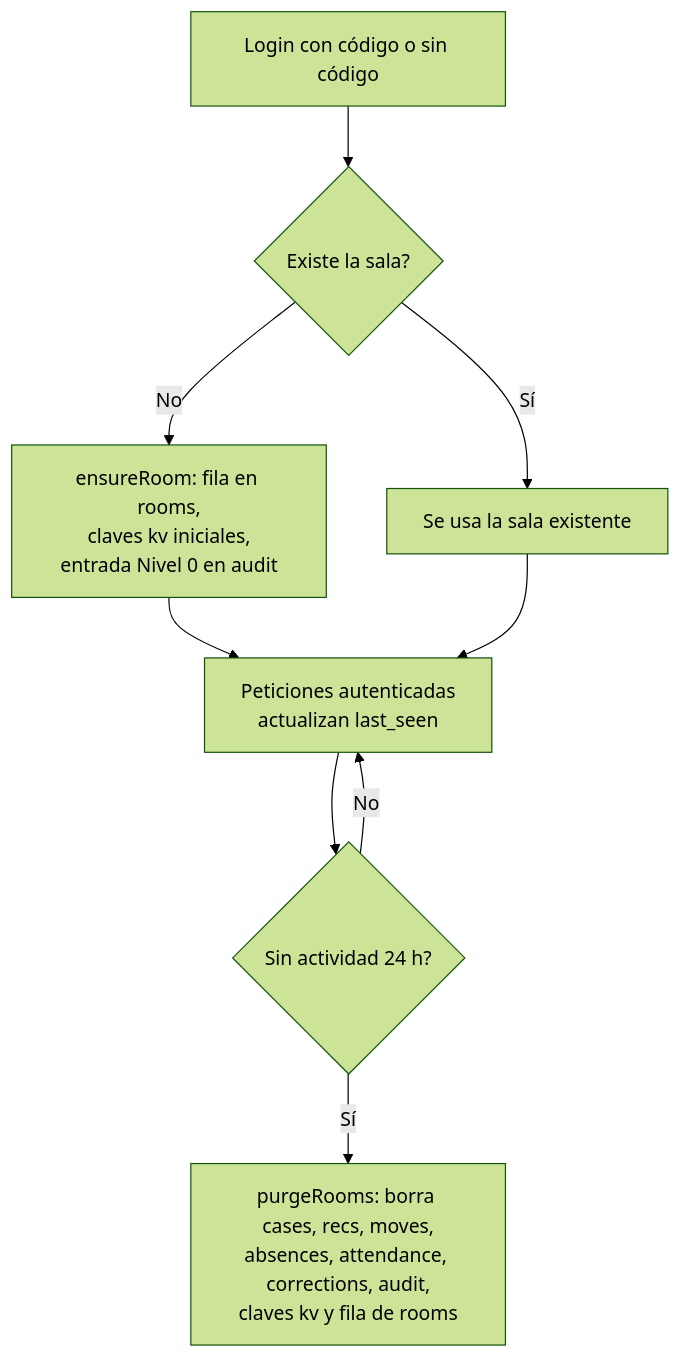
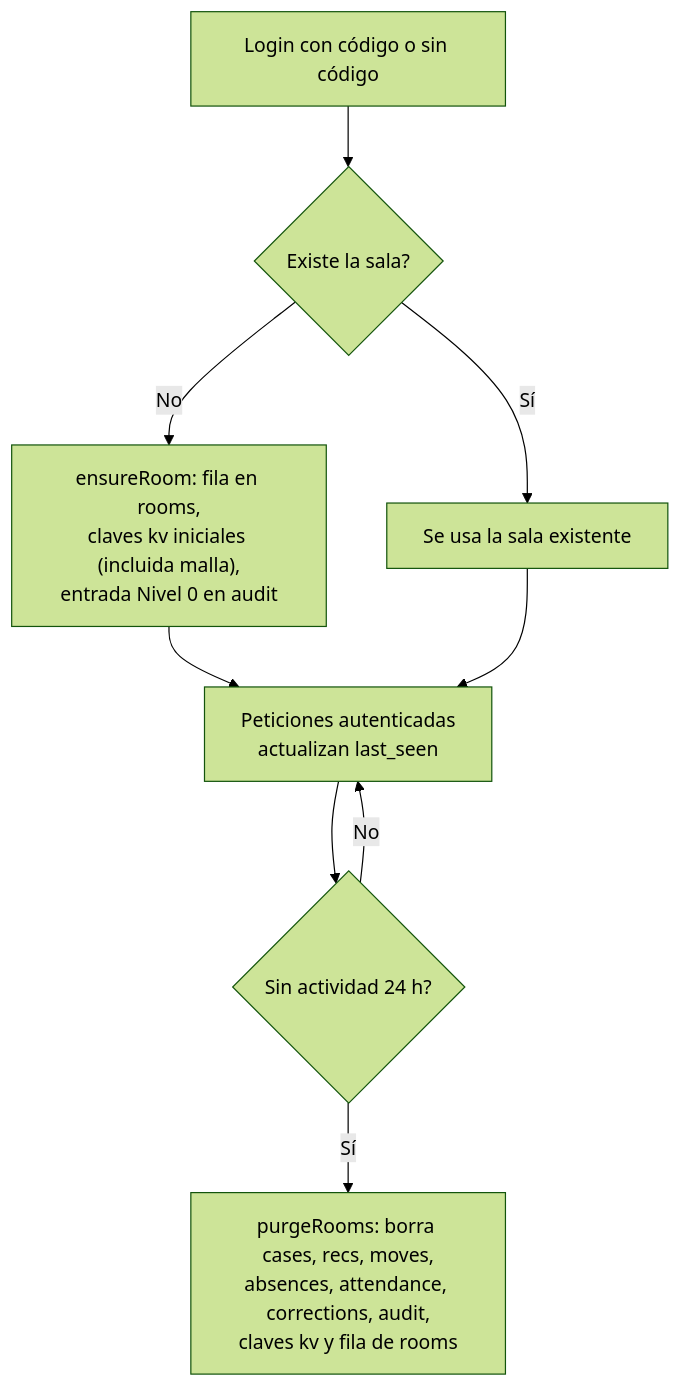
Before and after one commit to averbel/surtigas-turnos: the third of 3 diagrams in docs/modelo-de-datos.md, drawn with Mermaid (forest theme). The commit also changed other lines of this file and 13 other files, not shown here.

````diff
--- a/docs/modelo-de-datos.md
+++ b/docs/modelo-de-datos.md
@@ -241,11 +264,11 @@
 ```mermaid
 flowchart TD
   A["Login con código o sin código"] --> B{"Existe la sala?"}
-  B -- "No" --> C["ensureRoom: fila en rooms,<br/>claves kv iniciales,<br/>entrada Nivel 0 en audit"]
+  B -- "No" --> C["ensureRoom: fila en rooms,<br/>claves kv iniciales (incluida malla),<br/>entrada Nivel 0 en audit"]
   B -- "Sí" --> D["Se usa la sala existente"]
   C --> E["Peticiones autenticadas<br/>actualizan last_seen"]
   D --> E
   E --> F{"Sin actividad 24 h?"}
   F -- "Sí" --> G["purgeRooms: borra cases, recs, moves,<br/>absences, attendance, corrections, audit,<br/>claves kv y fila de rooms"]
   F -- "No" --> E
 ```
````
